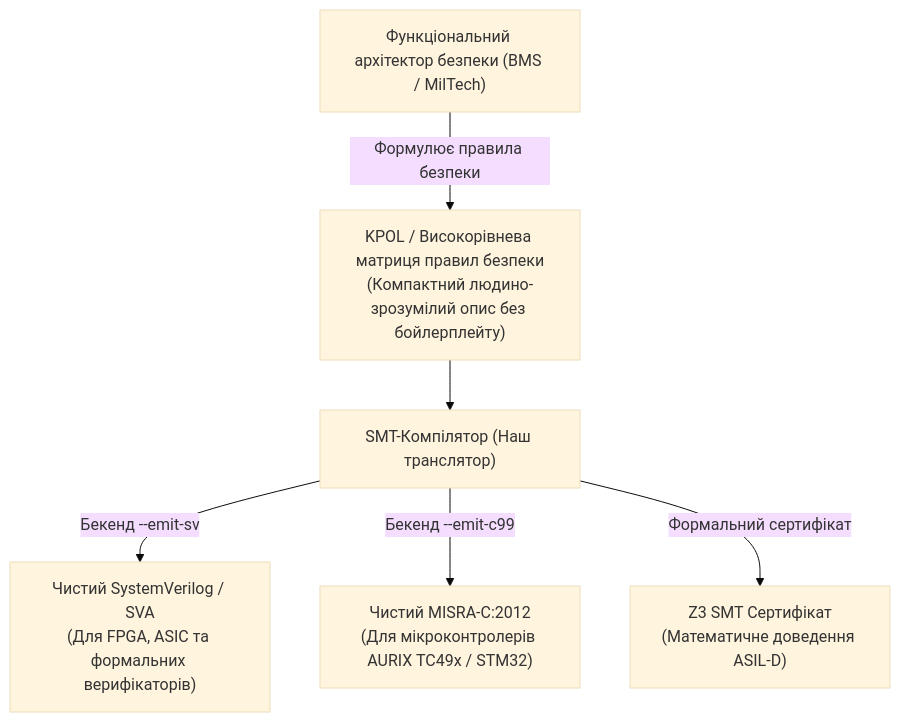
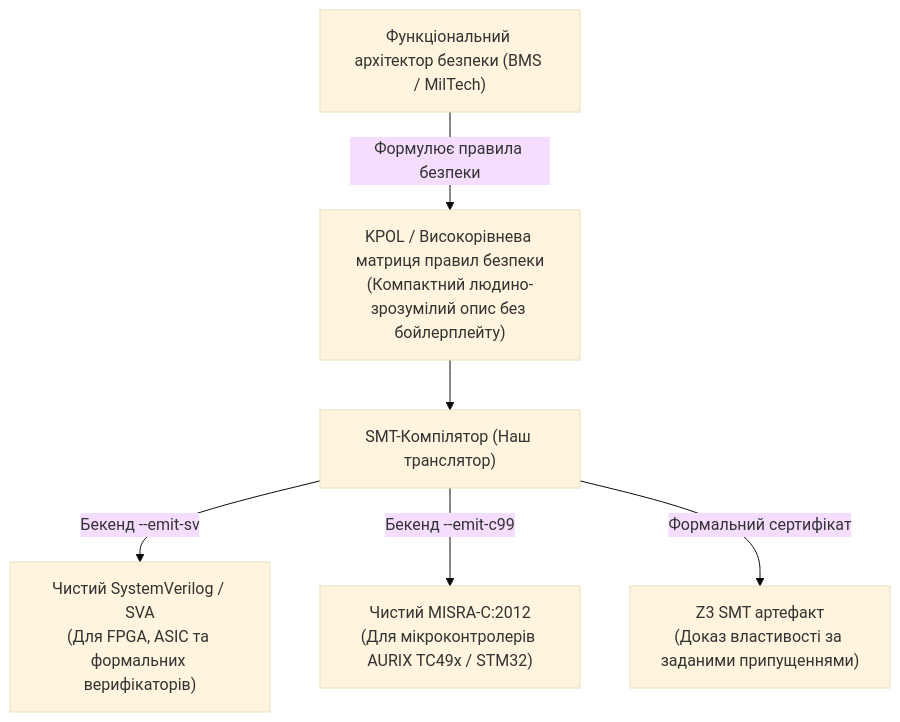
Before and after one commit to nick-fedchik/kuzmin-machine: the second of 2 diagrams in Articles/KPOL-vs-SystemVerilog.md, drawn with Mermaid (base theme). The commit also changed other lines of this file, not shown here.

````diff
--- a/Articles/KPOL-vs-SystemVerilog.md
+++ b/Articles/KPOL-vs-SystemVerilog.md
@@ -304,16 +379,16 @@
 ```mermaid
 flowchart TD
     Architect["Функціональний архітектор безпеки (BMS / MilTech)"]
     KPOL_DSL["KPOL / Високорівнева матриця правил безпеки<br/>(Компактний людино-зрозумілий опис без бойлерплейту)"]
     Compiler["SMT-Компілятор (Наш транслятор)"]
     
     SV_Out["Чистий SystemVerilog / SVA<br/>(Для FPGA, ASIC та формальних верифікаторів)"]
     C_Out["Чистий MISRA-C:2012<br/>(Для мікроконтролерів AURIX TC49x / STM32)"]
-    Z3_Cert["Z3 SMT Сертифікат<br/>(Математичне доведення ASIL-D)"]
+    Z3_Cert["Z3 SMT артефакт<br/>(Доказ властивості за заданими припущеннями)"]
 
     Architect -->|"Формулює правила безпеки"| KPOL_DSL
     KPOL_DSL --> Compiler
     Compiler -->|"Бекенд --emit-sv"| SV_Out
     Compiler -->|"Бекенд --emit-c99"| C_Out
     Compiler -->|"Формальний сертифікат"| Z3_Cert
 ```
````
